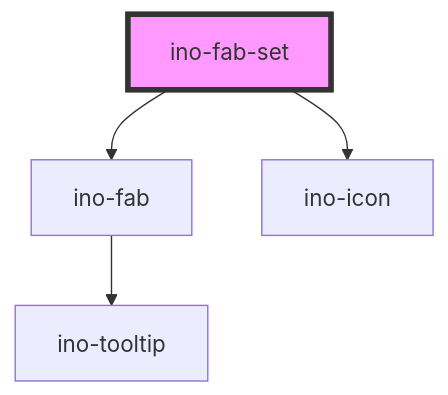
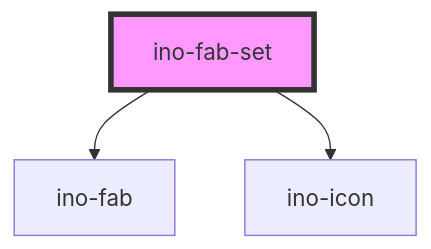
Before and after one commit to inovex/elements: the diagram in packages/elements/src/components/ino-fab-set/readme.md, drawn with Mermaid. The commit also changed other lines of this file and 12 other files, not shown here.

Commit message:
clean up ino-fab breaking changes

````diff
--- a/packages/elements/src/components/ino-fab-set/readme.md
+++ b/packages/elements/src/components/ino-fab-set/readme.md
@@ -50,7 +46,6 @@
 ```mermaid
 graph TD;
   ino-fab-set --> ino-fab
   ino-fab-set --> ino-icon
-  ino-fab --> ino-tooltip
   style ino-fab-set fill:#f9f,stroke:#333,stroke-width:4px
 ```
````
